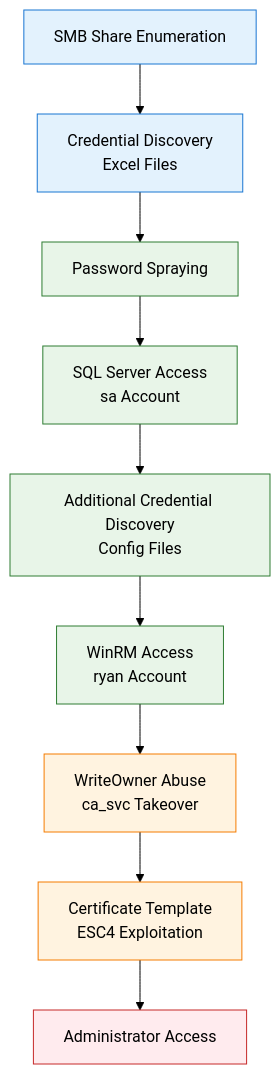
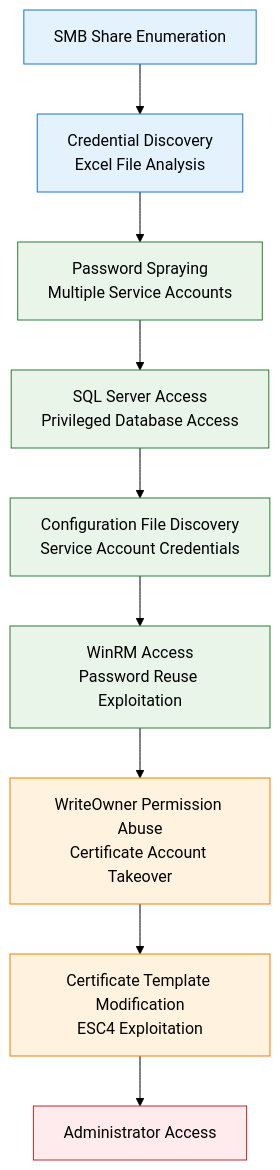
The diagram in 05-Boxes/HTB/EscapeTwo.md (wither/obsidian-notes), drawn with Mermaid (forest theme) before and after one commit. The commit also changed other lines of this file and 1 other file, not shown here.

````diff
--- a/05-Boxes/HTB/EscapeTwo.md
+++ b/05-Boxes/HTB/EscapeTwo.md
@@ -20,21 +20,21 @@
 ```mermaid
 flowchart TD
-    A[SMB Share Enumeration] --> B[Credential Discovery<br/>Excel Files]
-    B --> C[Password Spraying] 
-    C --> D[SQL Server Access<br/>sa Account]
-    D --> E[Additional Credential Discovery<br/>Config Files]
-    E --> F[WinRM Access<br/>ryan Account]
-    F --> G[WriteOwner Abuse<br/>ca_svc Takeover]
-    G --> H[Certificate Template<br/>ESC4 Exploitation]
+    A[SMB Share Enumeration] --> B[Credential Discovery<br/>Excel File Analysis]
+    B --> C[Password Spraying<br/>Multiple Service Accounts] 
+    C --> D[SQL Server Access<br/>Privileged Database Access]
+    D --> E[Configuration File Discovery<br/>Service Account Credentials]
+    E --> F[WinRM Access<br/>Password Reuse Exploitation]
+    F --> G[WriteOwner Permission Abuse<br/>Certificate Account Takeover]
+    G --> H[Certificate Template Modification<br/>ESC4 Exploitation]
     H --> I[Administrator Access]
     
     classDef recon fill:#e3f2fd,stroke:#1976d2
     classDef exploit fill:#e8f5e8,stroke:#2e7d32
     classDef privesc fill:#fff3e0,stroke:#f57c00
     classDef goal fill:#ffebee,stroke:#c62828
     
     class A,B recon
     class C,D,E,F exploit
     class G,H privesc
     class I goal
 ```
````
